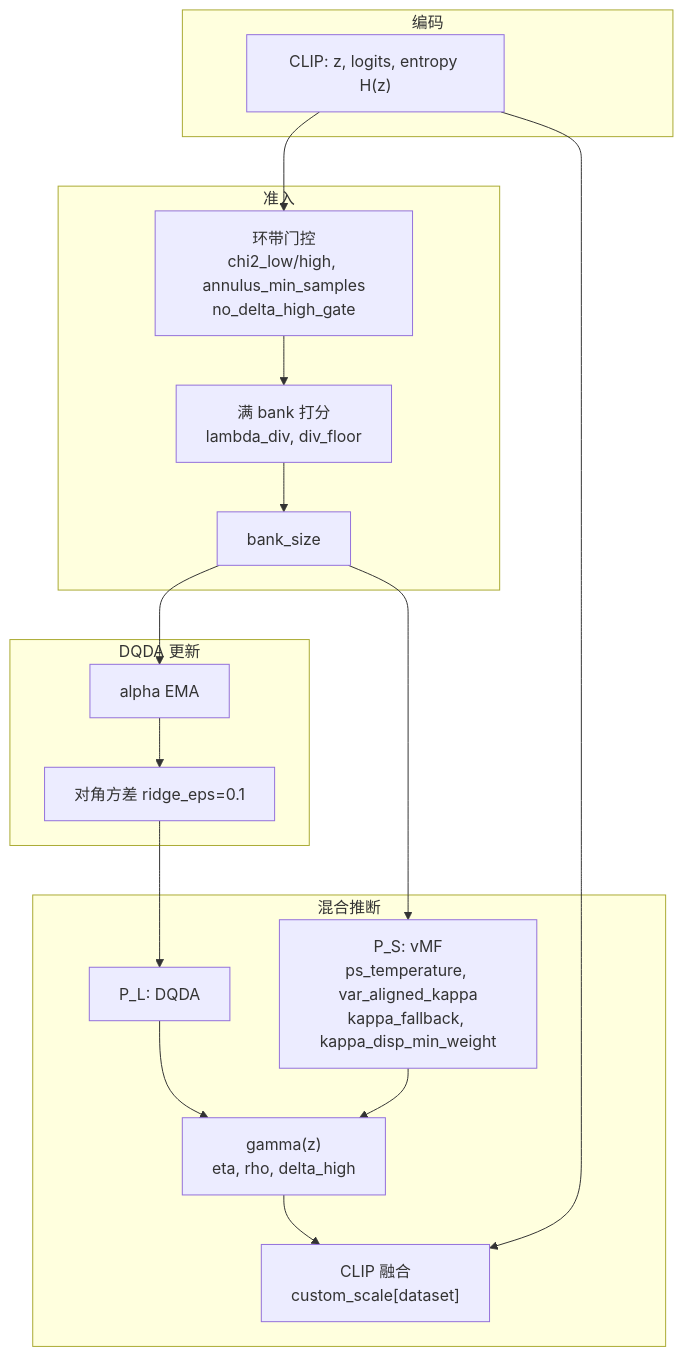
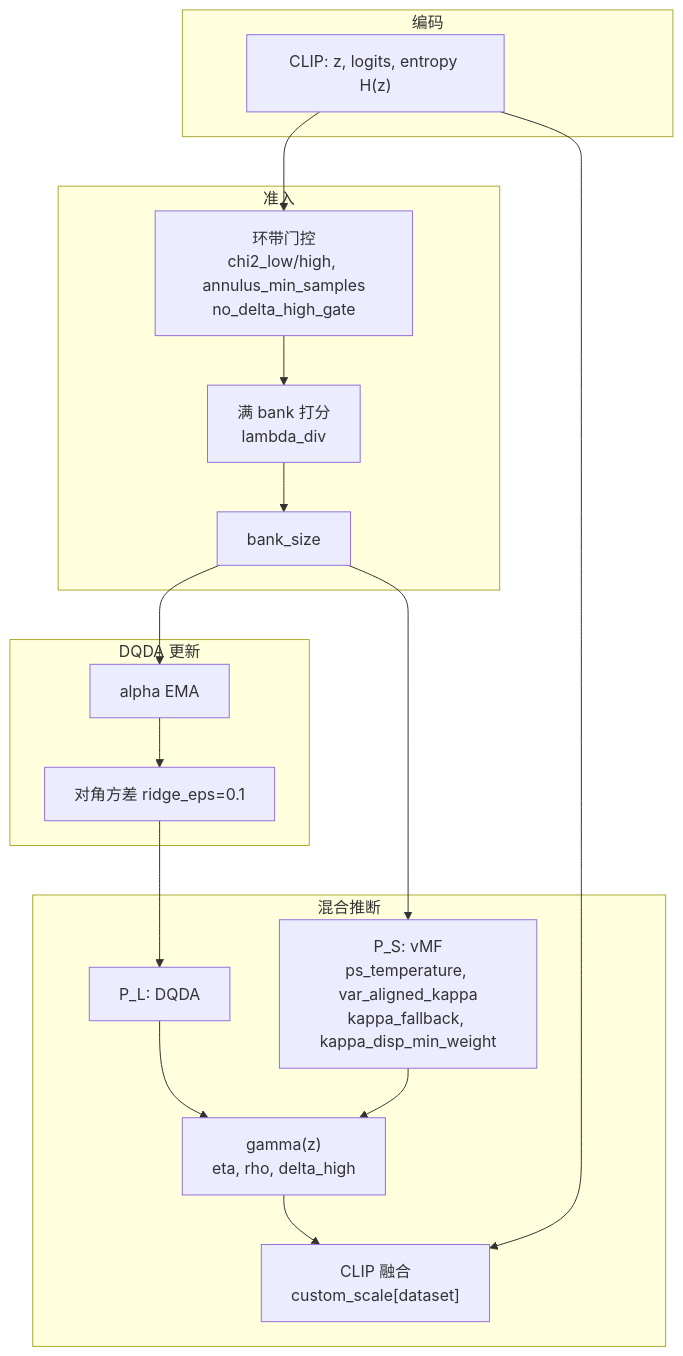
The diagram in docs/HYPERPARAMETERS.md (CielErrance/vMFcache), drawn with Mermaid before and after one commit. The commit also changed other lines of this file and 14 other files, not shown here.

Commit message:
Remove div_floor; Switch to test set

````diff
--- a/docs/HYPERPARAMETERS.md
+++ b/docs/HYPERPARAMETERS.md
@@ -297,33 +295,33 @@
 ```mermaid
 flowchart TB
     subgraph encode [编码]
         CLIP["CLIP: z, logits, entropy H(z)"]
     end
 
     subgraph admit [准入]
         Annulus["环带门控\nchi2_low/high, annulus_min_samples\nno_delta_high_gate"]
-        Score["满 bank 打分\nlambda_div, div_floor"]
+        Score["满 bank 打分\nlambda_div"]
         Bank["bank_size"]
     end
 
     subgraph dqda [DQDA 更新]
         Alpha["alpha EMA"]
         Var["对角方差 ridge_eps=0.1"]
     end
 
     subgraph infer [混合推断]
         PL["P_L: DQDA"]
         PS["P_S: vMF\nps_temperature, var_aligned_kappa\nkappa_fallback, kappa_disp_min_weight"]
         Gamma["gamma(z)\neta, rho, delta_high"]
         Fuse["CLIP 融合\ncustom_scale[dataset]"]
     end
 
     CLIP --> Annulus --> Score --> Bank
     Bank --> Alpha --> Var
     Var --> PL
     Bank --> PS
     PL --> Gamma
     PS --> Gamma
     Gamma --> Fuse
     CLIP --> Fuse
 ```
````
